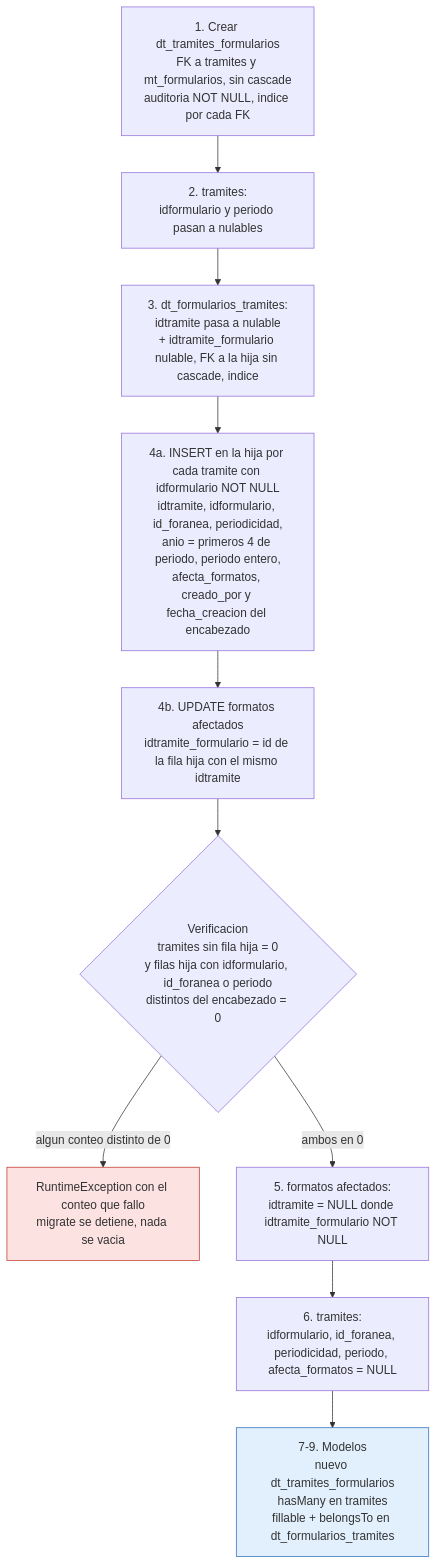
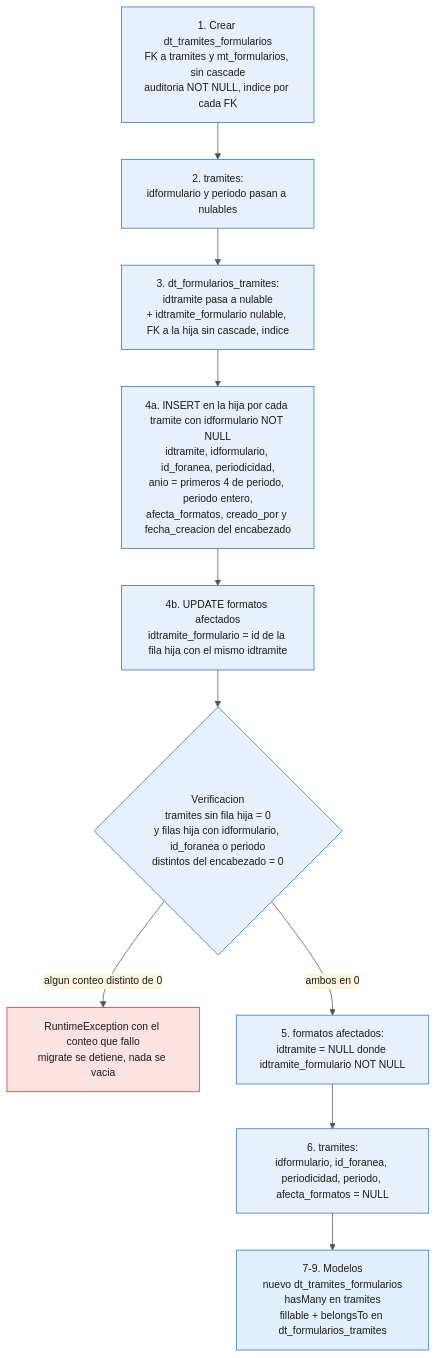
Before and after one commit to fabianOrtega501/cerebro_claude: the first of 2 diagrams in brain/learning/plans/2026-09-04-status-10841-etapa-a.md, drawn with Mermaid. The commit also changed other lines of this file, not shown here.

Commit message:
plan 10841: tema claro fijo en los mermaid

````diff
--- a/brain/learning/plans/2026-09-04-status-10841-etapa-a.md
+++ b/brain/learning/plans/2026-09-04-status-10841-etapa-a.md
@@ -10,20 +10,21 @@
 ```mermaid
+%%{init: {'theme':'base','themeVariables':{'primaryColor':'#e8f1fb','primaryTextColor':'#1a1a1a','primaryBorderColor':'#2c6fbb','lineColor':'#555555','secondaryColor':'#fff4e0','tertiaryColor':'#f4f4f4','clusterBkg':'#f7f7f7','clusterBorder':'#999999','fontSize':'14px'}}}%%
 flowchart TD
     A["1. Crear dt_tramites_formularios<br/>FK a tramites y mt_formularios, sin cascade<br/>auditoria NOT NULL, indice por cada FK"]
     B["2. tramites:<br/>idformulario y periodo pasan a nulables"]
     C["3. dt_formularios_tramites:<br/>idtramite pasa a nulable<br/>+ idtramite_formulario nulable, FK a la hija sin cascade, indice"]
     D1["4a. INSERT en la hija por cada tramite con idformulario NOT NULL<br/>idtramite, idformulario, id_foranea, periodicidad,<br/>anio = primeros 4 de periodo, periodo entero,<br/>afecta_formatos, creado_por y fecha_creacion del encabezado"]
     D2["4b. UPDATE formatos afectados<br/>idtramite_formulario = id de la fila hija con el mismo idtramite"]
     E{"Verificacion<br/>tramites sin fila hija = 0<br/>y filas hija con idformulario, id_foranea o periodo<br/>distintos del encabezado = 0"}
     X["RuntimeException con el conteo que fallo<br/>migrate se detiene, nada se vacia"]
     F["5. formatos afectados:<br/>idtramite = NULL donde idtramite_formulario NOT NULL"]
     G["6. tramites:<br/>idformulario, id_foranea, periodicidad, periodo, afecta_formatos = NULL"]
     H["7-9. Modelos<br/>nuevo dt_tramites_formularios<br/>hasMany en tramites<br/>fillable + belongsTo en dt_formularios_tramites"]
 
     A --> B --> C --> D1 --> D2 --> E
     E -- "algun conteo distinto de 0" --> X
     E -- "ambos en 0" --> F --> G --> H
 
     style X fill:#fde2e2,stroke:#c0392b
     style H fill:#e2f0fd,stroke:#2c6fbb
 ```
````
